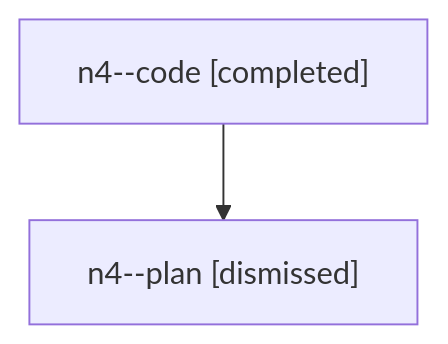
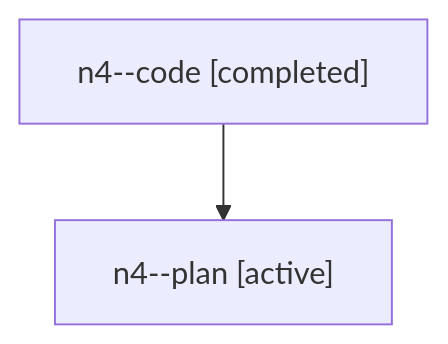
One commit to sase-org/sase--agents changed the diagram in families/bbugyi200.athena.n4.md. Above: the diagram before and after it, drawn with Mermaid. The commit also changed other lines of this file and 5813 other files, not shown here.

````diff
--- a/families/bbugyi200.athena.n4.md
+++ b/families/bbugyi200.athena.n4.md
@@ -9,6 +9,6 @@
 ```mermaid
 flowchart TD
   n0["n4--code [completed]"]
-  n1["n4--plan [dismissed]"]
+  n1["n4--plan [active]"]
   n0 --> n1
 ```
````
